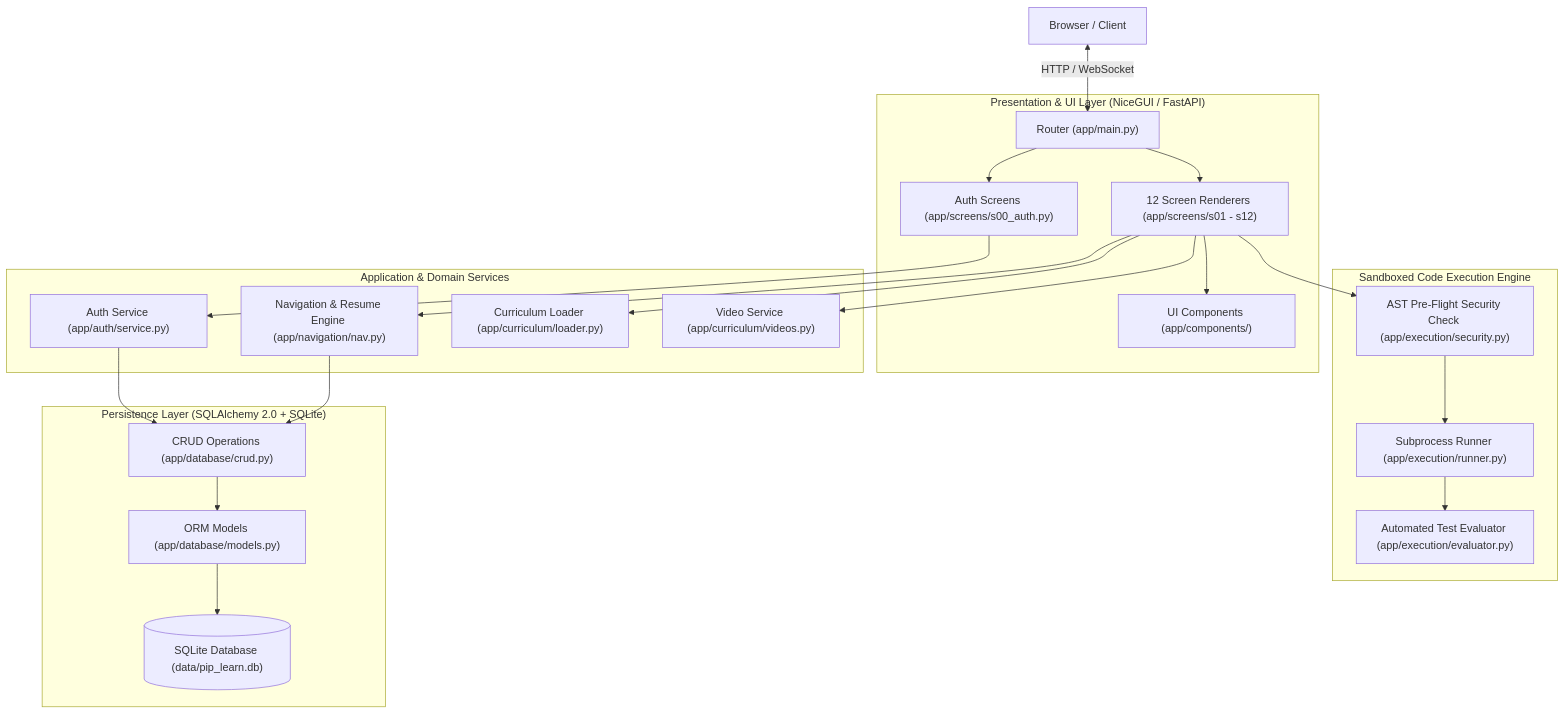
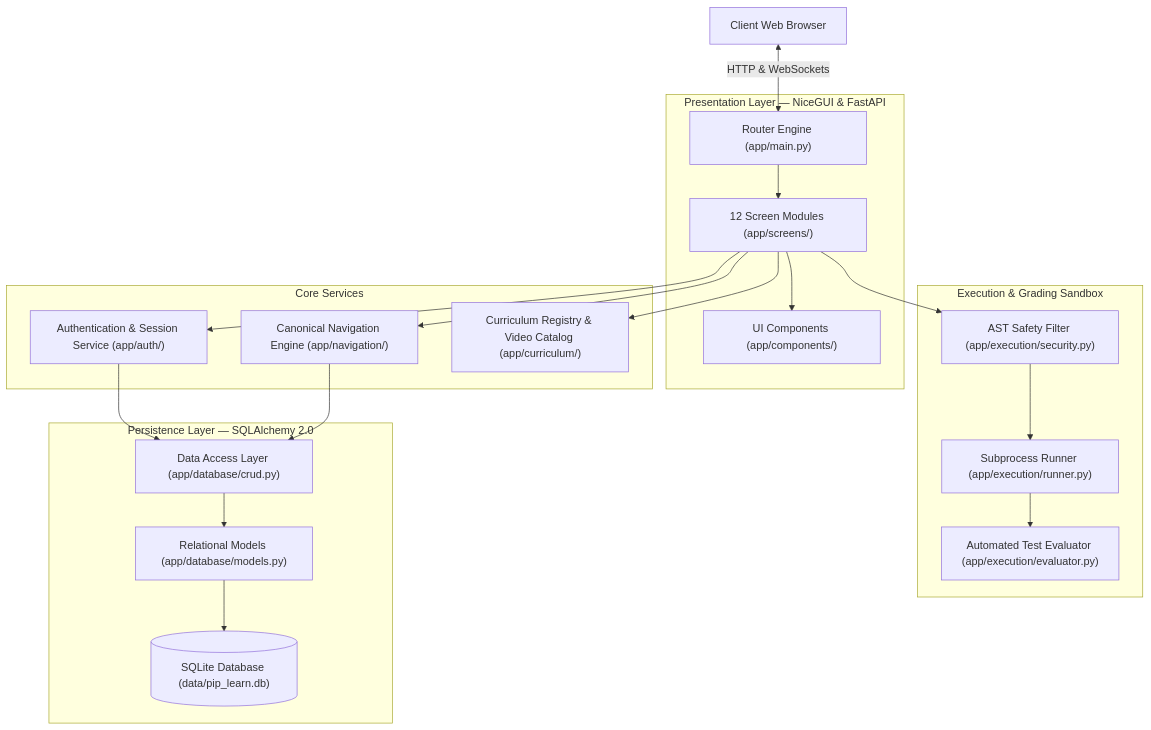
One commit to dkr4102/Python-Learning-Platform changed the diagram in README.md. Above: the diagram before and after it, drawn with Mermaid. The commit also changed other lines of this file and 3 other files, not shown here.

````diff
--- a/README.md
+++ b/README.md
@@ -160,46 +141,42 @@
 ```mermaid
 flowchart TD
-    Client["Browser / Client"]
+    Browser["Client Web Browser"]
 
-    subgraph Presentation ["Presentation & UI Layer (NiceGUI / FastAPI)"]
-        Router["Router (app/main.py)"]
-        Screens["12 Screen Renderers (app/screens/s01 - s12)"]
-        AuthScreen["Auth Screens (app/screens/s00_auth.py)"]
+    subgraph Interface ["Presentation Layer — NiceGUI & FastAPI"]
+        Router["Router Engine (app/main.py)"]
+        Screens["12 Screen Modules (app/screens/)"]
         Components["UI Components (app/components/)"]
     end
 
-    subgraph Services ["Application & Domain Services"]
-        AuthService["Auth Service (app/auth/service.py)"]
-        NavEngine["Navigation & Resume Engine (app/navigation/nav.py)"]
-        CurriculumLoader["Curriculum Loader (app/curriculum/loader.py)"]
-        VideoService["Video Service (app/curriculum/videos.py)"]
+    subgraph CoreServices ["Core Services"]
+        Auth["Authentication & Session Service (app/auth/)"]
+        NavEngine["Canonical Navigation Engine (app/navigation/)"]
+        Curriculum["Curriculum Registry & Video Catalog (app/curriculum/)"]
     end
 
-    subgraph ExecutionSandbox ["Sandboxed Code Execution Engine"]
-        SecurityCheck["AST Pre-Flight Security Check (app/execution/security.py)"]
-        SubprocessRunner["Subprocess Runner (app/execution/runner.py)"]
+    subgraph SandboxedRuntime ["Execution & Grading Sandbox"]
+        ASTSecurity["AST Safety Filter (app/execution/security.py)"]
+        Runner["Subprocess Runner (app/execution/runner.py)"]
         Evaluator["Automated Test Evaluator (app/execution/evaluator.py)"]
     end
 
-    subgraph DataLayer ["Persistence Layer (SQLAlchemy 2.0 + SQLite)"]
-        CRUD["CRUD Operations (app/database/crud.py)"]
-        ORMModels["ORM Models (app/database/models.py)"]
-        SQLiteDB[("SQLite Database (data/pip_learn.db)")]
+    subgraph Storage ["Persistence Layer — SQLAlchemy 2.0"]
+        CRUD["Data Access Layer (app/database/crud.py)"]
+        Models["Relational Models (app/database/models.py)"]
+        Database[("SQLite Database (data/pip_learn.db)")]
     end
 
-    Client <-->|"HTTP / WebSocket"| Router
+    Browser <-->|"HTTP & WebSockets"| Router
     Router --> Screens
-    Router --> AuthScreen
     Screens --> Components
     Screens --> NavEngine
-    Screens --> CurriculumLoader
-    Screens --> VideoService
-    AuthScreen --> AuthService
-    AuthService --> CRUD
+    Screens --> Curriculum
+    Screens --> Auth
+    Auth --> CRUD
     NavEngine --> CRUD
-    Screens --> SecurityCheck
-    SecurityCheck --> SubprocessRunner
-    SubprocessRunner --> Evaluator
-    CRUD --> ORMModels
-    ORMModels --> SQLiteDB
+    Screens --> ASTSecurity
+    ASTSecurity --> Runner
+    Runner --> Evaluator
+    CRUD --> Models
+    Models --> Database
 ```
````
